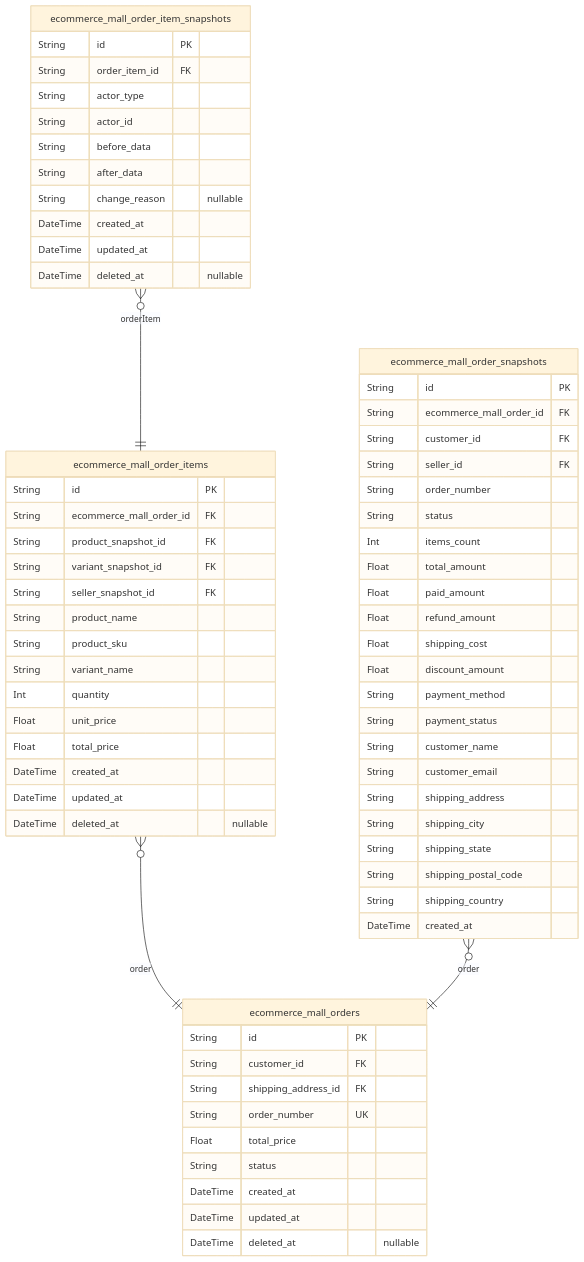
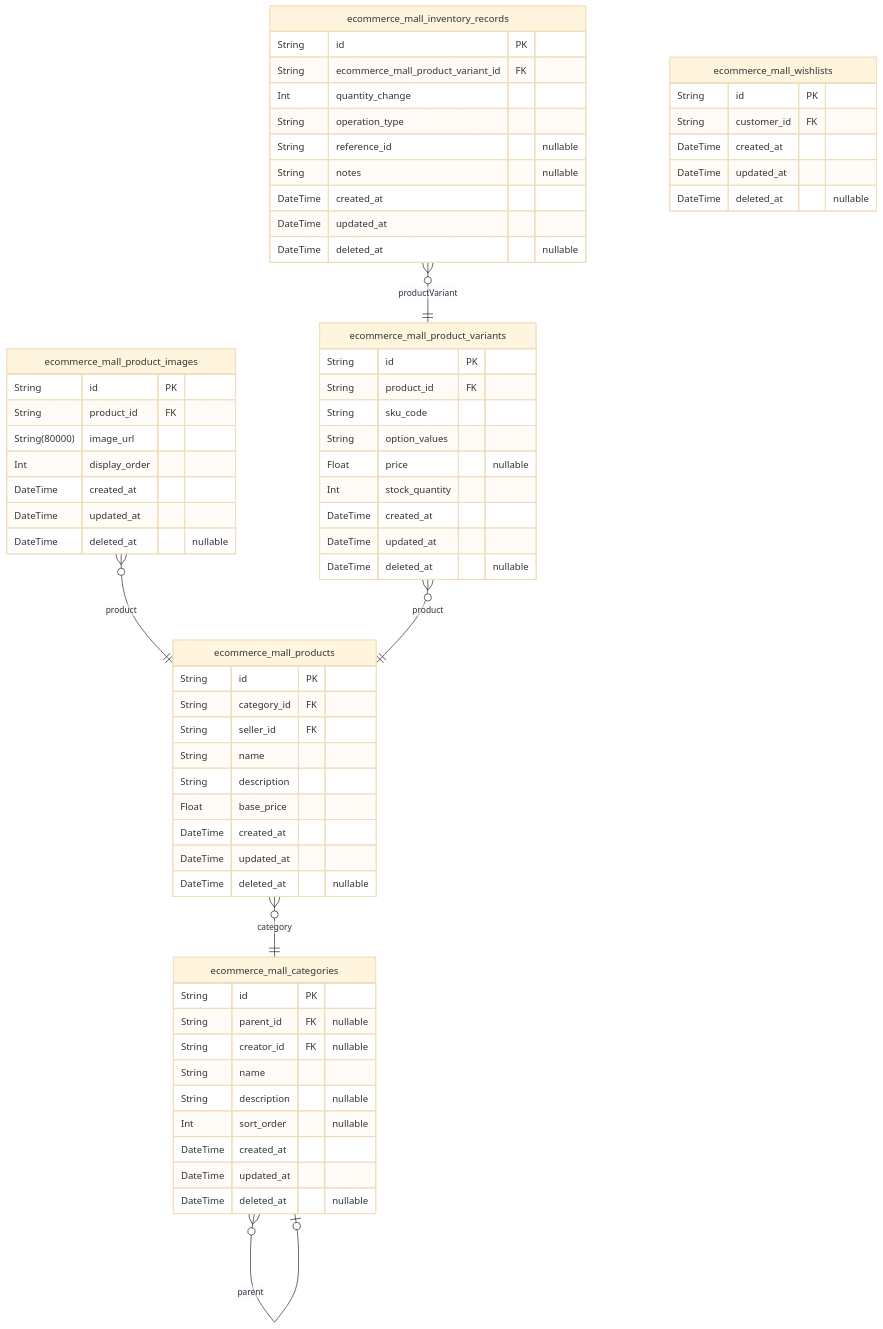
One commit to wrtnlabs/autobe-examples changed the fourth of 8 diagrams in qwen/qwen3.5-35b-a3b/shopping/docs/ERD.md. Above: the diagram before and after it, drawn with Mermaid (base theme). The commit also changed other lines of this file and 32093 other files, not shown here.

````diff
--- a/qwen/qwen3.5-35b-a3b/shopping/docs/ERD.md
+++ b/qwen/qwen3.5-35b-a3b/shopping/docs/ERD.md
@@ -1432,69 +1679,68 @@
 ```mermaid
 erDiagram
-"ecommerce_mall_orders" {
+"ecommerce_mall_products" {
   String id PK
-  String customer_id FK
-  String shipping_address_id FK
-  String order_number UK
-  Float total_price
-  String status
+  String category_id FK
+  String seller_id FK
+  String name
+  String description
+  Float base_price
   DateTime created_at
   DateTime updated_at
   DateTime deleted_at "nullable"
 }
-"ecommerce_mall_order_items" {
+"ecommerce_mall_categories" {
   String id PK
-  String ecommerce_mall_order_id FK
-  String product_snapshot_id FK
-  String variant_snapshot_id FK
-  String seller_snapshot_id FK
-  String product_name
-  String product_sku
-  String variant_name
-  Int quantity
-  Float unit_price
-  Float total_price
+  String parent_id FK "nullable"
+  String creator_id FK "nullable"
+  String name
+  String description "nullable"
+  Int sort_order "nullable"
   DateTime created_at
   DateTime updated_at
   DateTime deleted_at "nullable"
 }
-"ecommerce_mall_order_snapshots" {
+"ecommerce_mall_product_images" {
   String id PK
-  String ecommerce_mall_order_id FK
-  String customer_id FK
-  String seller_id FK
-  String order_number
-  String status
-  Int items_count
-  Float total_amount
-  Float paid_amount
-  Float refund_amount
-  Float shipping_cost
-  Float discount_amount
-  String payment_method
-  String payment_status
-  String customer_name
-  String customer_email
-  String shipping_address
-  String shipping_city
-  String shipping_state
-  String shipping_postal_code
-  String shipping_country
-  DateTime created_at
-}
-"ecommerce_mall_order_item_snapshots" {
-  String id PK
-  String order_item_id FK
-  String actor_type
-  String actor_id
-  String before_data
-  String after_data
-  String change_reason "nullable"
+  String product_id FK
+  String(80000) image_url
+  Int display_order
   DateTime created_at
   DateTime updated_at
   DateTime deleted_at "nullable"
 }
-"ecommerce_mall_order_items" }o--|| "ecommerce_mall_orders" : order
-"ecommerce_mall_order_snapshots" }o--|| "ecommerce_mall_orders" : order
-"ecommerce_mall_order_item_snapshots" }o--|| "ecommerce_mall_order_items" : orderItem
+"ecommerce_mall_product_variants" {
+  String id PK
+  String product_id FK
+  String sku_code
+  String option_values
+  Float price "nullable"
+  Int stock_quantity
+  DateTime created_at
+  DateTime updated_at
+  DateTime deleted_at "nullable"
+}
+"ecommerce_mall_inventory_records" {
+  String id PK
+  String ecommerce_mall_product_variant_id FK
+  Int quantity_change
+  String operation_type
+  String reference_id "nullable"
+  String notes "nullable"
+  DateTime created_at
+  DateTime updated_at
+  DateTime deleted_at "nullable"
+}
+"ecommerce_mall_wishlists" {
+  String id PK
+  String customer_id FK
+  DateTime created_at
+  DateTime updated_at
+  DateTime deleted_at "nullable"
+}
+"ecommerce_mall_products" }o--|| "ecommerce_mall_categories" : category
+"ecommerce_mall_categories" }o--o| "ecommerce_mall_categories" : parent
+"ecommerce_mall_product_images" }o--|| "ecommerce_mall_products" : product
+"ecommerce_mall_product_variants" }o--|| "ecommerce_mall_products" : product
+"ecommerce_mall_inventory_records" }o--|| "ecommerce_mall_product_variants" : productVariant
 ```
````
